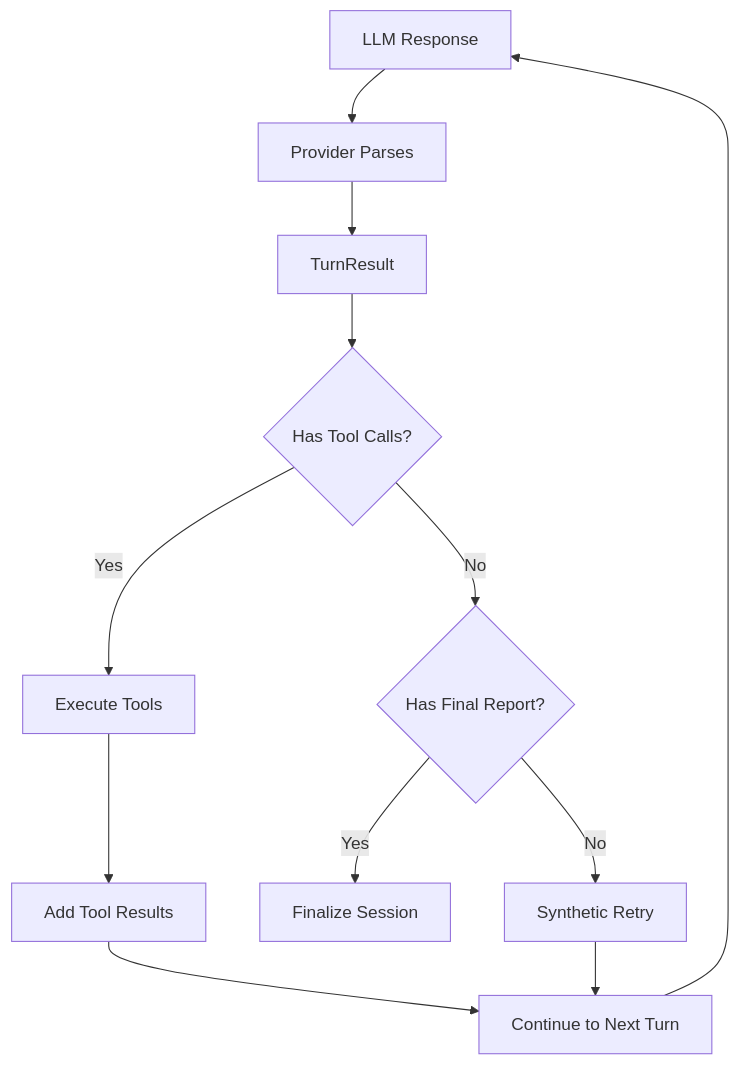
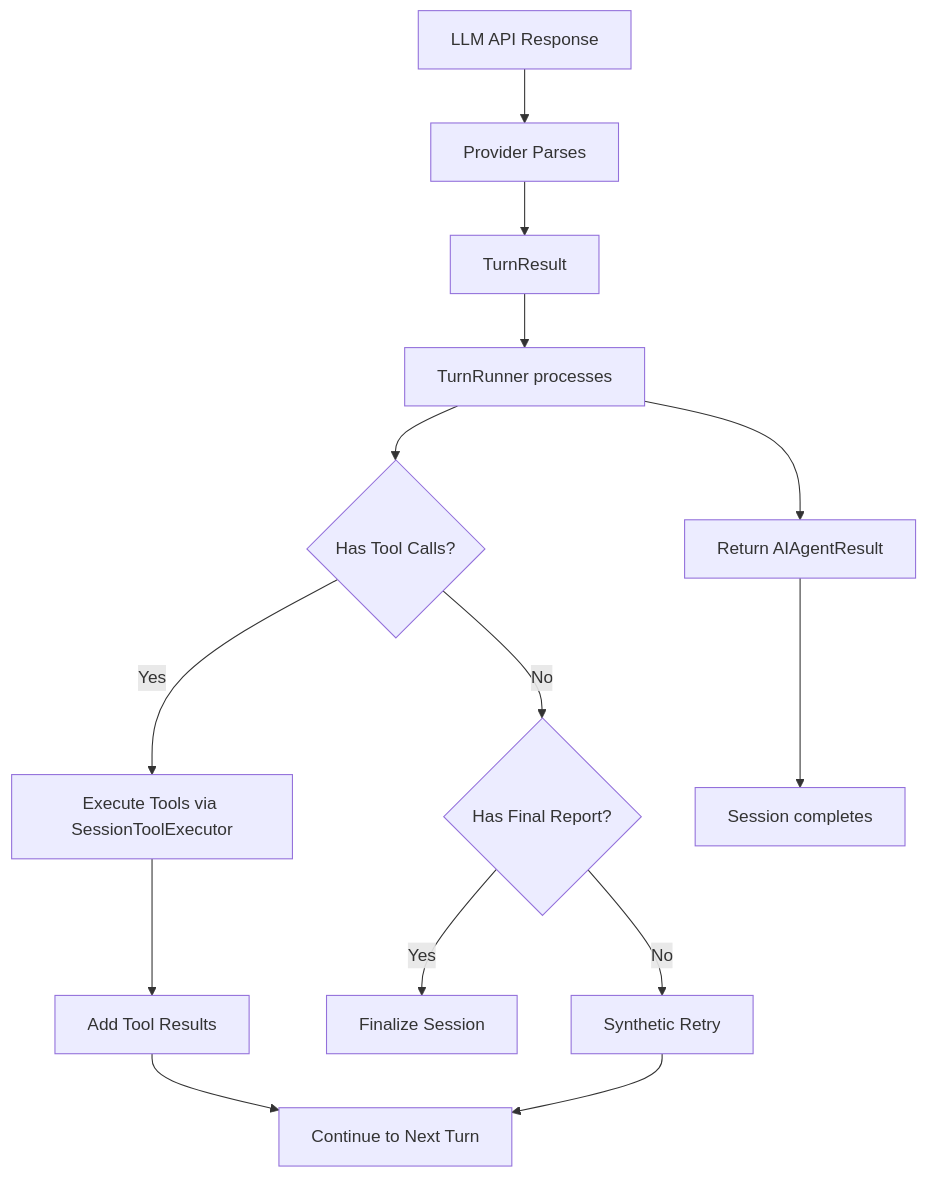
The third of 3 diagrams in docs/Technical-Specs-Architecture.md (netdata/netdata), drawn with Mermaid before and after one commit. The commit also changed other lines of this file and 60 other files, not shown here.

````diff
--- a/docs/Technical-Specs-Architecture.md
+++ b/docs/Technical-Specs-Architecture.md
@@ -267,17 +297,19 @@
 ```mermaid
 flowchart TD
-    Response[LLM Response] --> Parse[Provider Parses]
+    Response[LLM API Response] --> Parse[Provider Parses]
     Parse --> Result[TurnResult]
-    Result --> Check{Has Tool Calls?}
+    Result --> TurnRunner[TurnRunner processes]
+    TurnRunner --> Check{Has Tool Calls?}
 
-    Check -->|Yes| Execute[Execute Tools]
+    Check -->|Yes| Execute[Execute Tools via SessionToolExecutor]
     Execute --> AddResults[Add Tool Results]
     AddResults --> NextTurn[Continue to Next Turn]
 
     Check -->|No| Final{Has Final Report?}
     Final -->|Yes| Finalize[Finalize Session]
     Final -->|No| Retry[Synthetic Retry]
 
     Retry --> NextTurn
-    NextTurn --> Response
+    TurnRunner --> FinalResult[Return AIAgentResult]
+    FinalResult --> Session[Session completes]
 ```
````
